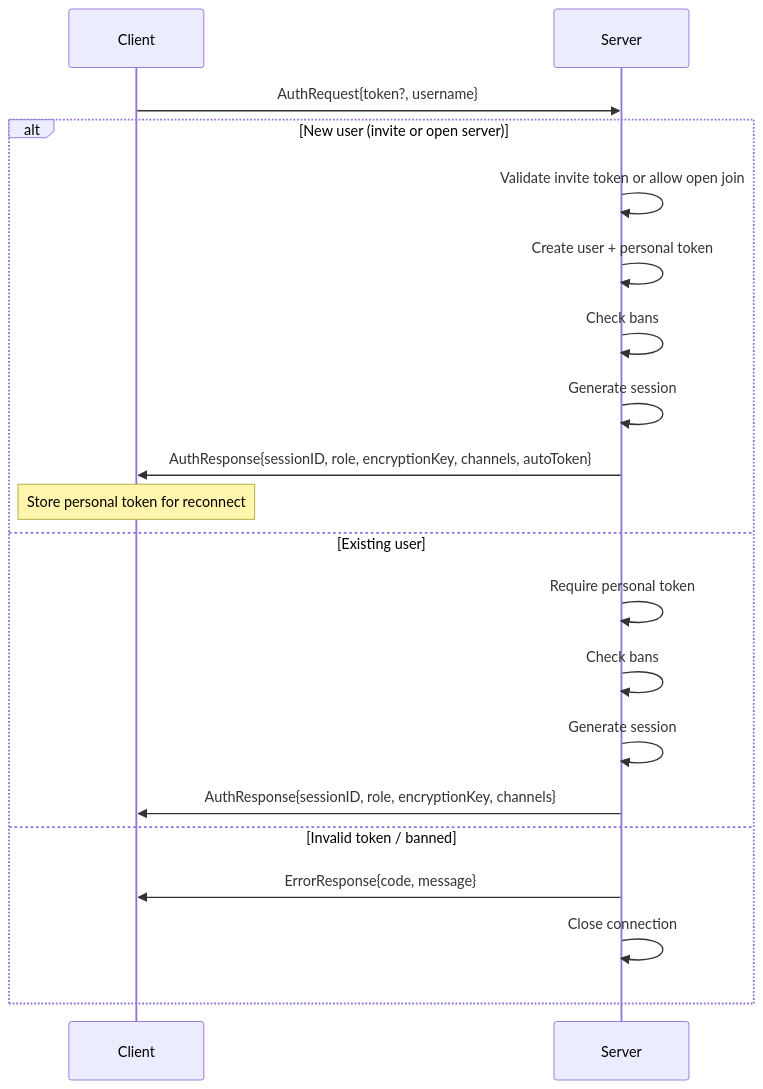
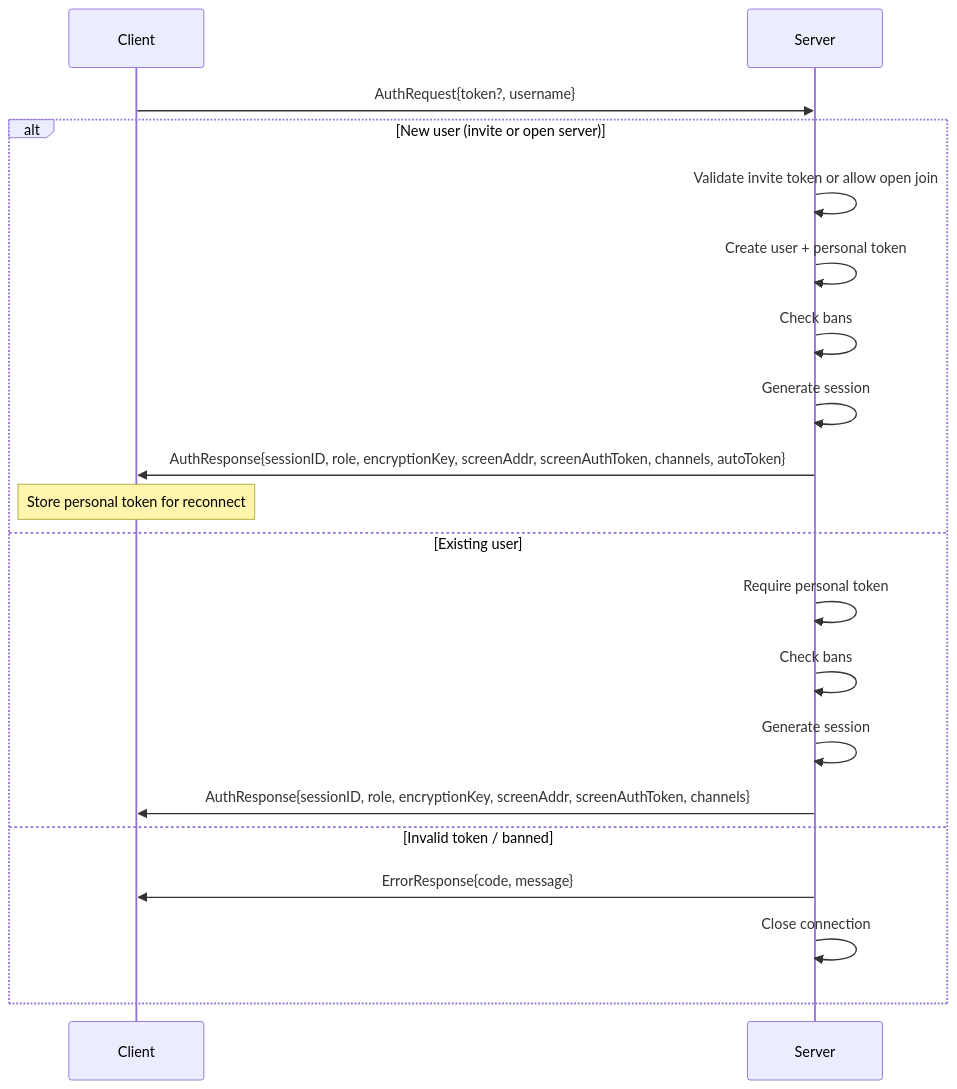
Before and after one commit to NicolasHaas/gospeak: the first of 4 diagrams in docs/protocol.md, drawn with Mermaid. The commit also changed other lines of this file and 34 other files, not shown here.

````diff
--- a/docs/protocol.md
+++ b/docs/protocol.md
@@ -50,23 +55,23 @@
 ```mermaid
 sequenceDiagram
     participant C as Client
     participant S as Server
 
     C->>S: AuthRequest{token?, username}
     alt New user (invite or open server)
         S->>S: Validate invite token or allow open join
         S->>S: Create user + personal token
         S->>S: Check bans
         S->>S: Generate session
-        S->>C: AuthResponse{sessionID, role, encryptionKey, channels, autoToken}
+        S->>C: AuthResponse{sessionID, role, encryptionKey, screenAddr, screenAuthToken, channels, autoToken}
         Note over C: Store personal token for reconnect
     else Existing user
         S->>S: Require personal token
         S->>S: Check bans
         S->>S: Generate session
-        S->>C: AuthResponse{sessionID, role, encryptionKey, channels}
+        S->>C: AuthResponse{sessionID, role, encryptionKey, screenAddr, screenAuthToken, channels}
     else Invalid token / banned
         S->>C: ErrorResponse{code, message}
         S->>S: Close connection
     end
 ```
````
